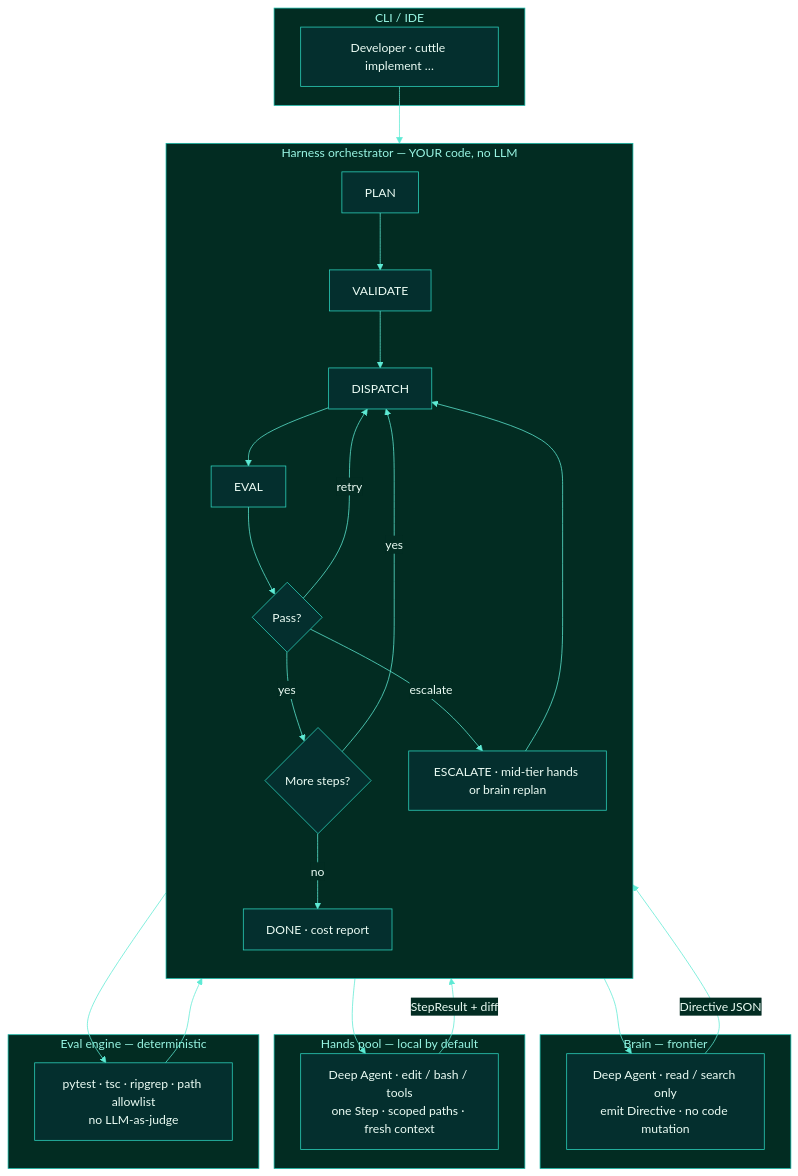
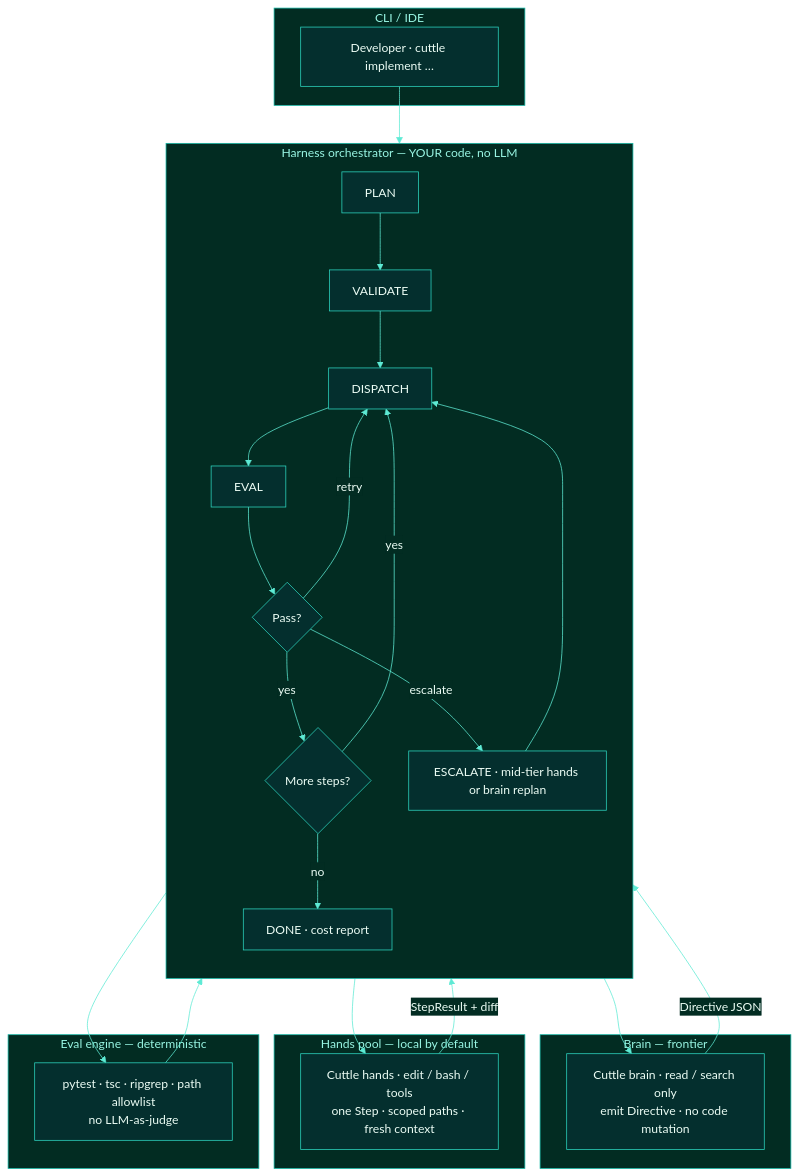
Before and after one commit to saman-mb/cuttle: the first of 2 diagrams in docs/architecture.md, drawn with Mermaid. The commit also changed other lines of this file and 7 other files, not shown here.

First line of the commit message:
Lock day-one CuttleAgentRuntime and Python/Rust process split.

````diff
--- a/docs/architecture.md
+++ b/docs/architecture.md
@@ -33,60 +33,60 @@
 ```mermaid
 %%{init: {
   "theme": "base",
   "themeVariables": {
     "primaryColor": "#0f766e",
     "primaryTextColor": "#ecfdf5",
     "primaryBorderColor": "#115e59",
     "secondaryColor": "#134e4a",
     "secondaryTextColor": "#ccfbf1",
     "secondaryBorderColor": "#0f766e",
     "tertiaryColor": "#042f2e",
     "lineColor": "#5eead4",
     "textColor": "#ecfdf5",
     "mainBkg": "#042f2e",
     "nodeBorder": "#2dd4bf",
     "clusterBkg": "#022c22",
     "clusterBorder": "#14b8a6",
     "titleColor": "#99f6e4",
     "edgeLabelBackground": "#022c22"
   }
 }}%%
 flowchart TB
   subgraph UX["CLI / IDE"]
     U["Developer · cuttle implement …"]
   end
 
   subgraph ORCH["Harness orchestrator — YOUR code, no LLM"]
     direction TB
     P["PLAN"] --> V["VALIDATE"]
     V --> D["DISPATCH"]
     D --> E["EVAL"]
     E --> R{"Pass?"}
     R -->|yes| N{"More steps?"}
     N -->|yes| D
     N -->|no| DONE["DONE · cost report"]
     R -->|retry| D
     R -->|escalate| X["ESCALATE · mid-tier hands or brain replan"]
     X --> D
   end
 
   subgraph BRAIN["Brain — frontier"]
-    B["Deep Agent · read / search only<br/>emit Directive · no code mutation"]
+    B["Cuttle brain · read / search only<br/>emit Directive · no code mutation"]
   end
 
   subgraph HANDS["Hands pool — local by default"]
-    H["Deep Agent · edit / bash / tools<br/>one Step · scoped paths · fresh context"]
+    H["Cuttle hands · edit / bash / tools<br/>one Step · scoped paths · fresh context"]
   end
 
   subgraph EVAL["Eval engine — deterministic"]
     G["pytest · tsc · ripgrep · path allowlist<br/>no LLM-as-judge"]
   end
 
   U --> P
   P --> B
   B -->|"Directive JSON"| V
   D --> H
   H -->|"StepResult + diff"| E
   E --> G
   G --> R
 ```
````
